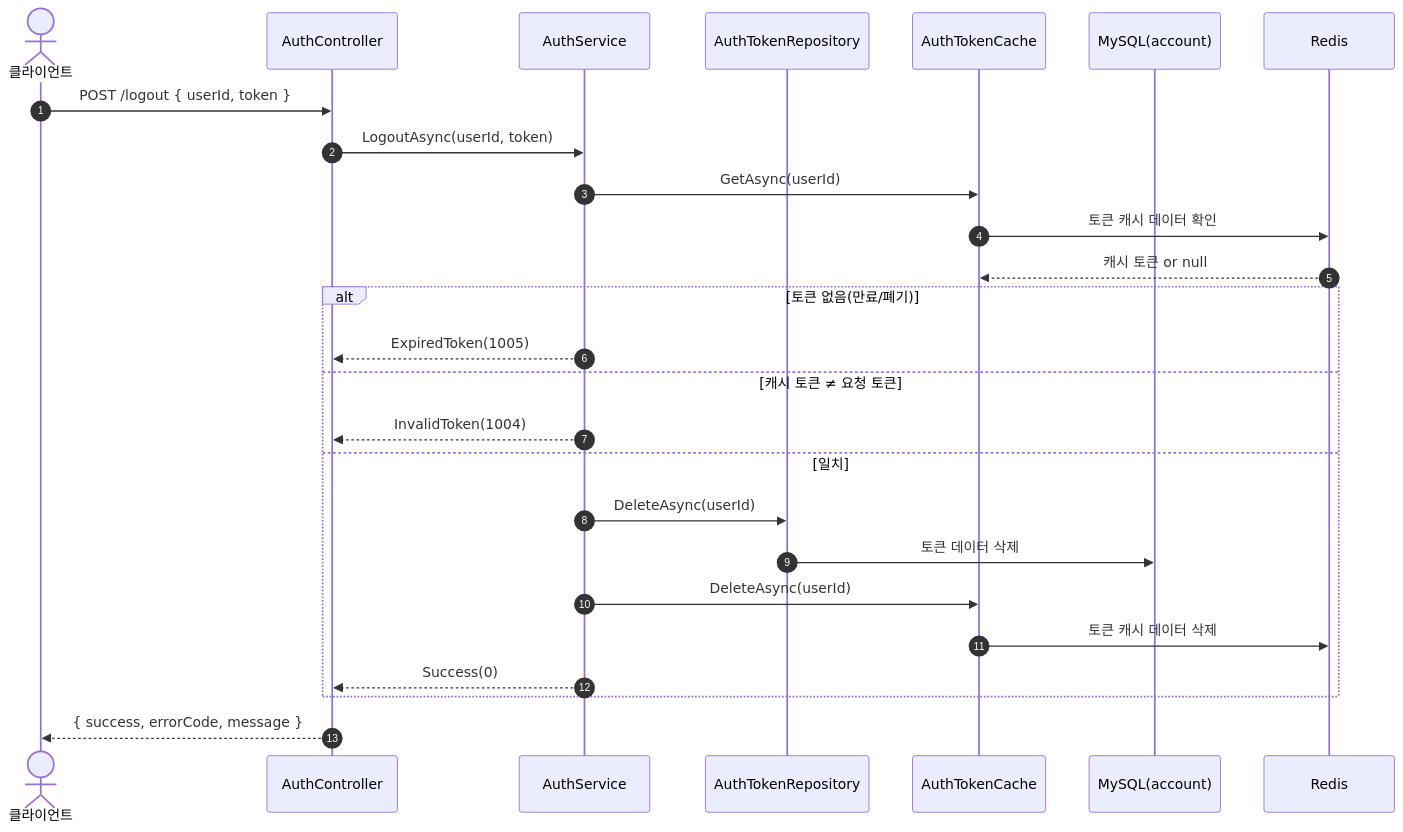
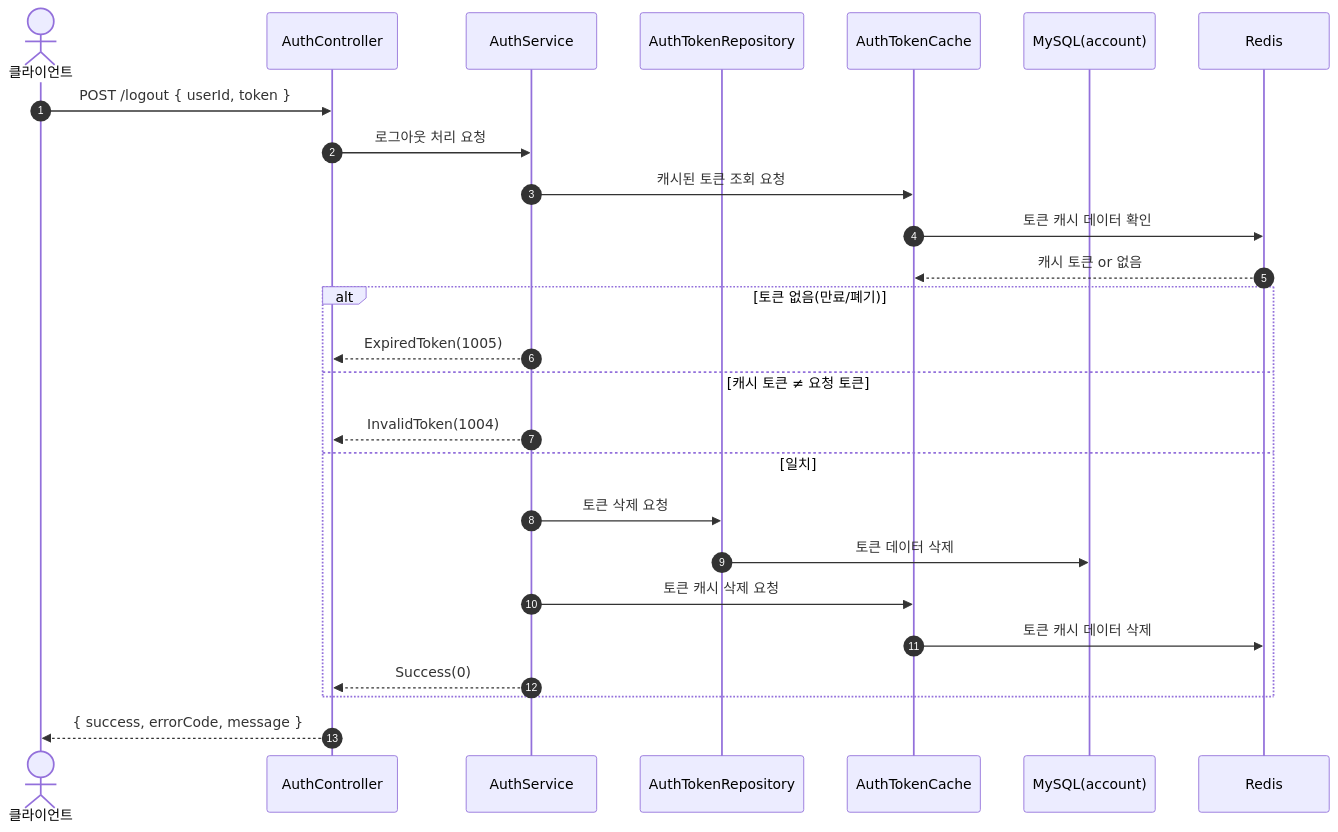
Before and after one commit to ks-wook/com2us-taskbar-hero: the third of 3 diagrams in SequenceDiagram/AuthController.md, drawn with Mermaid. The commit also changed other lines of this file and 7 other files, not shown here.

Commit message:
시퀀스 다이어그램 수정

````diff
--- a/SequenceDiagram/AuthController.md
+++ b/SequenceDiagram/AuthController.md
@@ -83,29 +83,29 @@
 ```mermaid
 sequenceDiagram
     autonumber
     actor C as 클라이언트
     participant Ctrl as AuthController
     participant Svc as AuthService
     participant TRepo as AuthTokenRepository
     participant Cache as AuthTokenCache
     participant DB as MySQL(account)
     participant Redis as Redis
 
     C->>Ctrl: POST /logout { userId, token }
-    Ctrl->>Svc: LogoutAsync(userId, token)
-    Svc->>Cache: GetAsync(userId)
+    Ctrl->>Svc: 로그아웃 처리 요청
+    Svc->>Cache: 캐시된 토큰 조회 요청
     Cache->>Redis: 토큰 캐시 데이터 확인
-    Redis-->>Cache: 캐시 토큰 or null
+    Redis-->>Cache: 캐시 토큰 or 없음
     alt 토큰 없음(만료/폐기)
         Svc-->>Ctrl: ExpiredToken(1005)
     else 캐시 토큰 ≠ 요청 토큰
         Svc-->>Ctrl: InvalidToken(1004)
     else 일치
-        Svc->>TRepo: DeleteAsync(userId)
+        Svc->>TRepo: 토큰 삭제 요청
         TRepo->>DB: 토큰 데이터 삭제
-        Svc->>Cache: DeleteAsync(userId)
+        Svc->>Cache: 토큰 캐시 삭제 요청
         Cache->>Redis: 토큰 캐시 데이터 삭제
         Svc-->>Ctrl: Success(0)
     end
     Ctrl-->>C: { success, errorCode, message }
 ```
````
